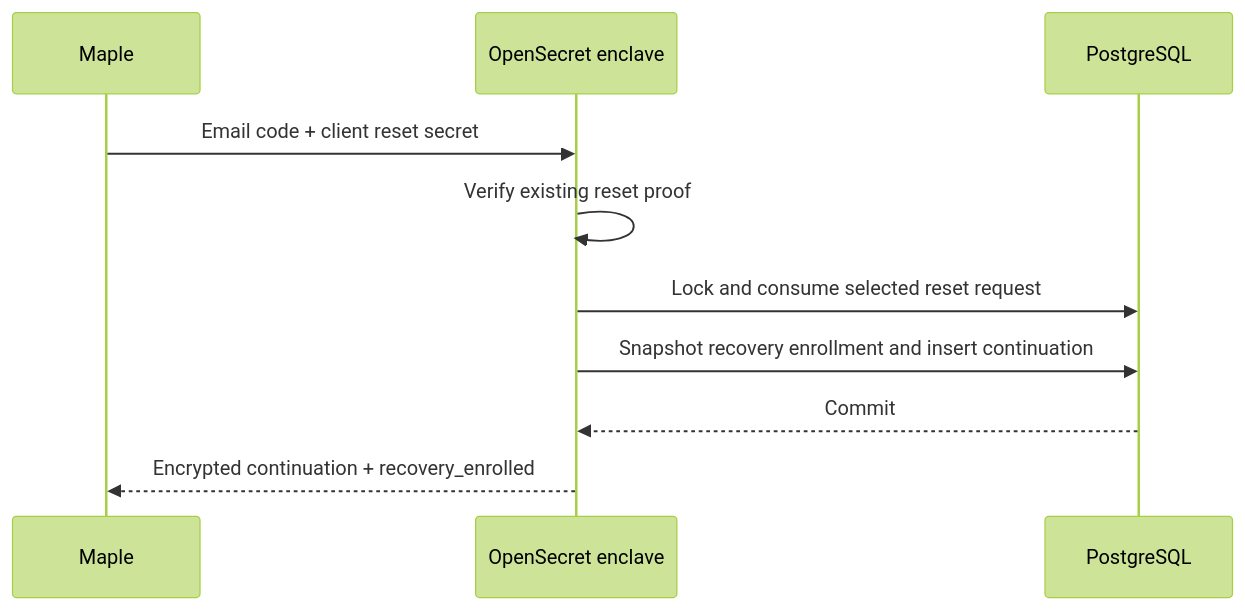
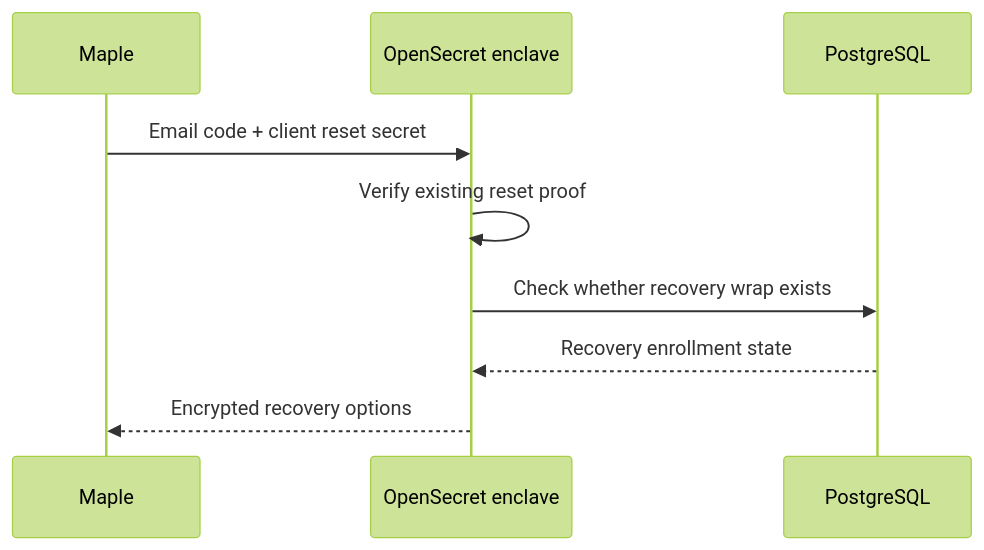
The fourth of 6 diagrams in services/opensecret/docs/recovery-credential-plan.md (OpenSecretCloud/Maple), drawn with Mermaid (forest theme) before and after one commit. The commit also changed other lines of this file, not shown here.

Commit message:
docs: simplify recovery reset v2 flow

````diff
--- a/services/opensecret/docs/recovery-credential-plan.md
+++ b/services/opensecret/docs/recovery-credential-plan.md
@@ -382,13 +355,12 @@
 ```mermaid
 sequenceDiagram
     participant M as Maple
     participant E as OpenSecret enclave
     participant D as PostgreSQL
 
     M->>E: Email code + client reset secret
     E->>E: Verify existing reset proof
-    E->>D: Lock and consume selected reset request
-    E->>D: Snapshot recovery enrollment and insert continuation
-    D-->>E: Commit
-    E-->>M: Encrypted continuation + recovery_enrolled
+    E->>D: Check whether recovery wrap exists
+    D-->>E: Recovery enrollment state
+    E-->>M: Encrypted recovery options
 ```
````
